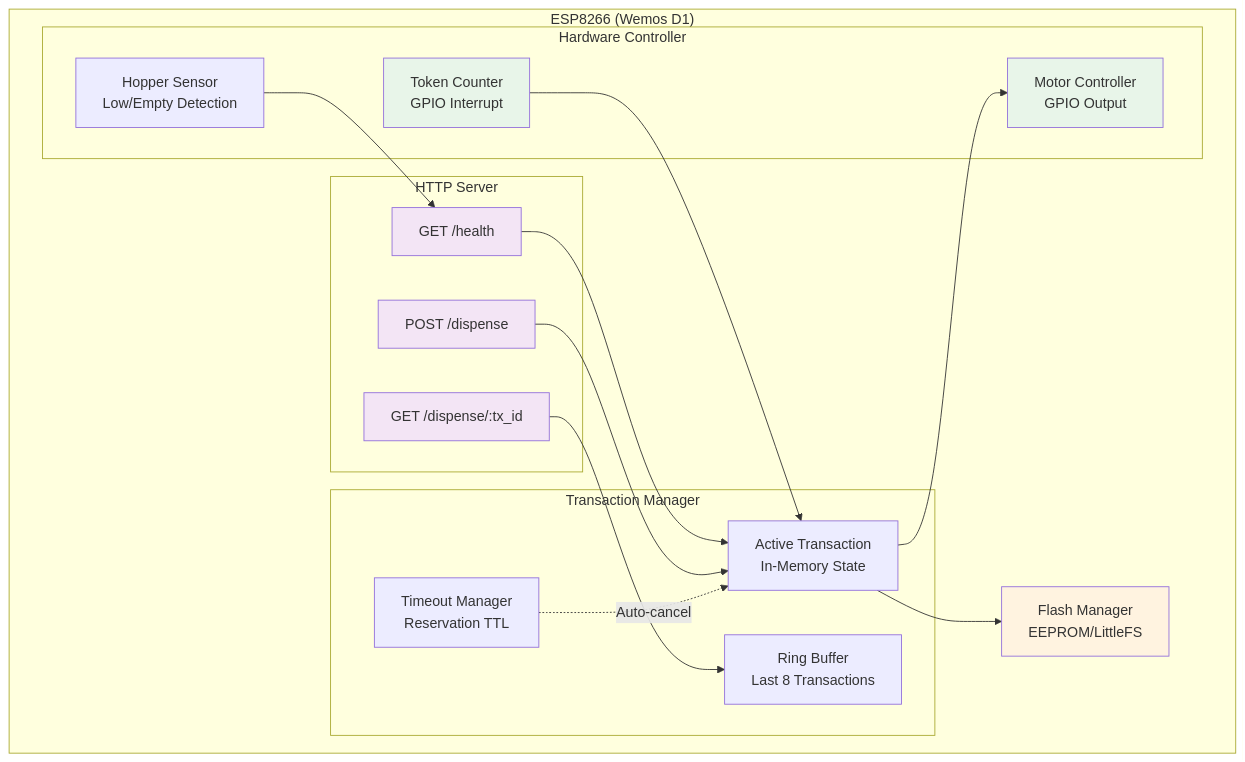
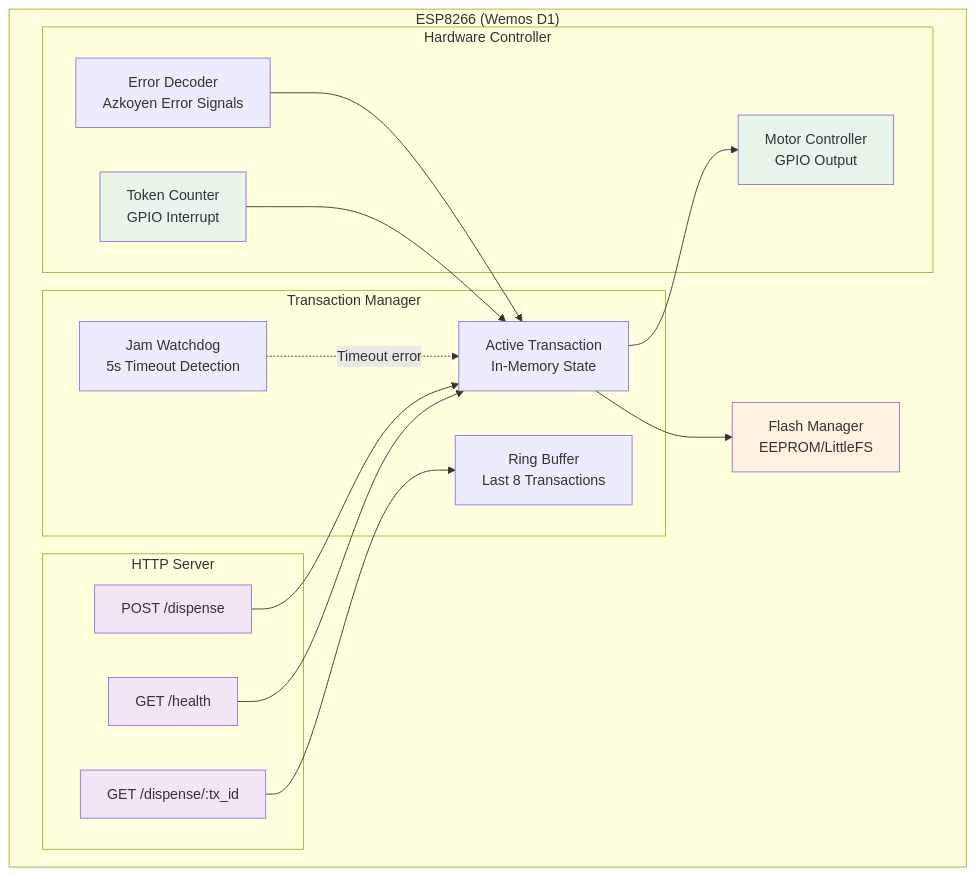
The fourth of 28 diagrams in ARCHITECTURE.md (dgloeckner/remote-token-dispenser), drawn with Mermaid before and after one commit. The commit also changed other lines of this file, not shown here.

Commit message:
docs: update architecture docu

````diff
--- a/ARCHITECTURE.md
+++ b/ARCHITECTURE.md
@@ -219,42 +224,42 @@
 ```mermaid
 graph TB
     subgraph "ESP8266 (Wemos D1)"
         subgraph "HTTP Server"
             HealthEndpoint[GET /health]
             DispenseEndpoint[POST /dispense]
             StatusEndpoint[GET /dispense/:tx_id]
         end
 
         subgraph "Transaction Manager"
             ActiveTx[Active Transaction<br/>In-Memory State]
             History[Ring Buffer<br/>Last 8 Transactions]
-            Timers[Timeout Manager<br/>Reservation TTL]
+            JamWatchdog[Jam Watchdog<br/>5s Timeout Detection]
         end
 
         subgraph "Hardware Controller"
             MotorCtrl[Motor Controller<br/>GPIO Output]
             TokenCounter[Token Counter<br/>GPIO Interrupt]
-            HopperSensor[Hopper Sensor<br/>Low/Empty Detection]
+            ErrorDecoder[Error Decoder<br/>Azkoyen Error Signals]
         end
 
         FlashMgr[Flash Manager<br/>EEPROM/LittleFS]
     end
 
     HealthEndpoint --> ActiveTx
     DispenseEndpoint --> ActiveTx
     StatusEndpoint --> History
 
     ActiveTx --> FlashMgr
     ActiveTx --> MotorCtrl
     TokenCounter --> ActiveTx
-    HopperSensor --> HealthEndpoint
+    ErrorDecoder --> ActiveTx
 
-    Timers -.->|Auto-cancel| ActiveTx
+    JamWatchdog -.->|Timeout error| ActiveTx
 
     style HealthEndpoint fill:#f3e5f5
     style DispenseEndpoint fill:#f3e5f5
     style StatusEndpoint fill:#f3e5f5
     style FlashMgr fill:#fff3e0
     style MotorCtrl fill:#e8f5e9
     style TokenCounter fill:#e8f5e9
 ```
````
